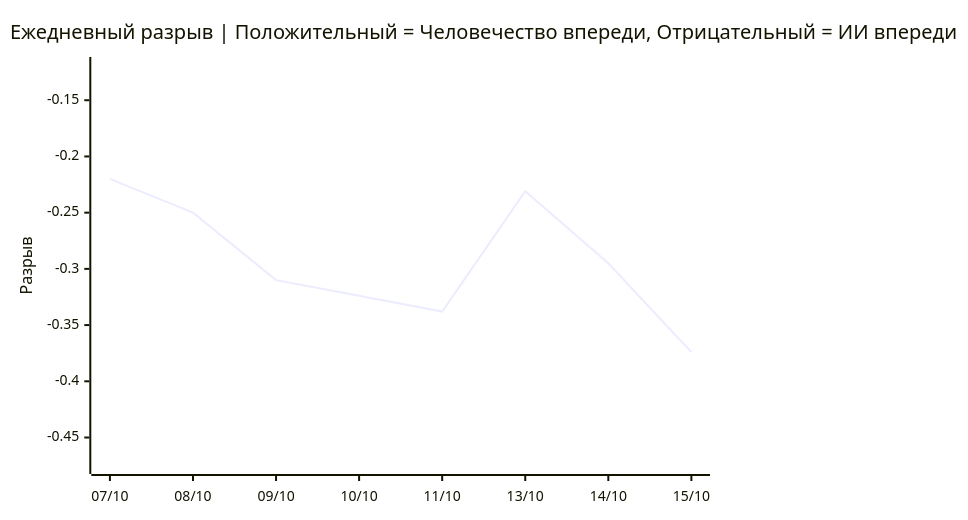
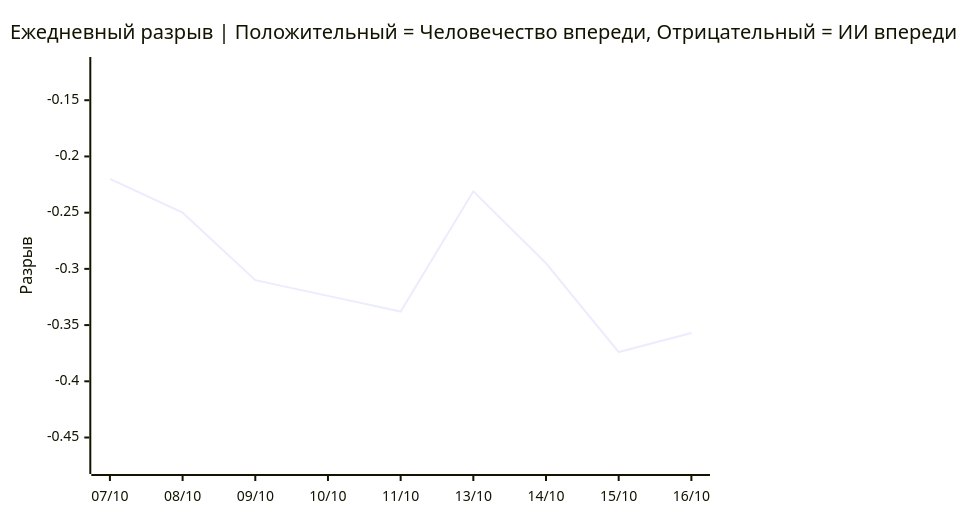
One commit to VQQLK/Human-AI-Monitor changed the third of 3 diagrams in README.ru.md. Above: the diagram before and after it, drawn with Mermaid. The commit also changed other lines of this file and 2 other files, not shown here.

````diff
--- a/README.ru.md
+++ b/README.ru.md
@@ -54,7 +54,7 @@
 ```mermaid
 xychart-beta
     title "Ежедневный разрыв | Положительный = Человечество впереди, Отрицательный = ИИ впереди"
-    x-axis ["07/10", "08/10", "09/10", "10/10", "11/10", "13/10", "14/10", "15/10"]
+    x-axis ["07/10", "08/10", "09/10", "10/10", "11/10", "13/10", "14/10", "15/10", "16/10"]
     y-axis "Разрыв" -0.474 --> -0.120
-    line [-0.220, -0.250, -0.310, -0.324, -0.338, -0.231, -0.295, -0.374]
+    line [-0.220, -0.250, -0.310, -0.324, -0.338, -0.231, -0.295, -0.374, -0.357]
 ```
````
